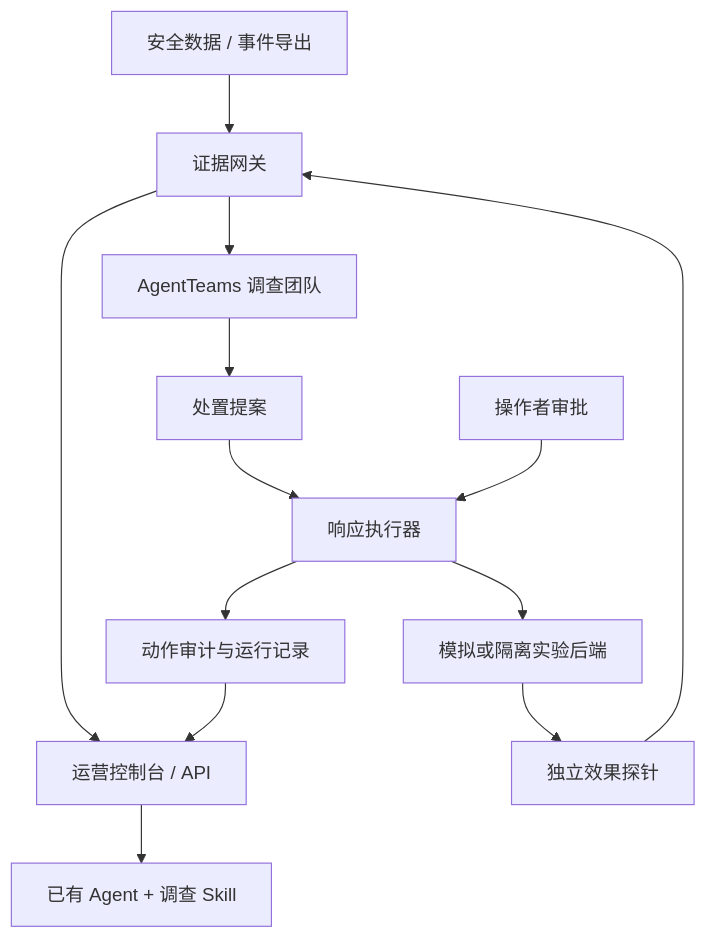
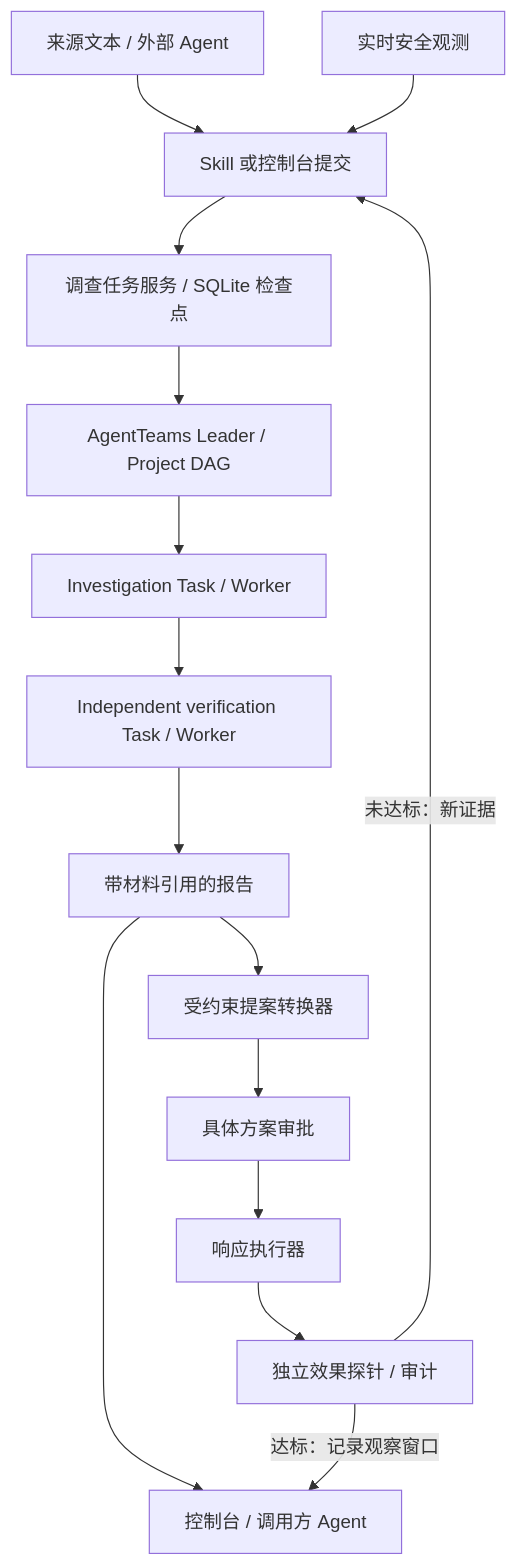
One commit to elsechord/CyberGuard changed the diagram in README.zh-CN.md. Above: the diagram before and after it, drawn with Mermaid. The commit also changed other lines of this file and 56 other files, not shown here.

````diff
--- a/README.zh-CN.md
+++ b/README.zh-CN.md
@@ -133,15 +141,17 @@
 ```mermaid
 flowchart TD
-    S[安全数据 / 事件导出] --> G[证据网关]
-    G --> C[运营控制台 / API]
-    C --> K[已有 Agent + 调查 Skill]
-    G --> A[AgentTeams 调查团队]
-    A --> P[处置提案]
-    P --> E[响应执行器]
-    H[操作者审批] --> E
-    E --> B[模拟或隔离实验后端]
-    B --> V[独立效果探针]
-    V --> G
-    E --> R[动作审计与运行记录]
-    R --> C
+    S[来源文本 / 外部 Agent] --> K[Skill 或控制台提交]
+    K --> T[调查任务服务 / SQLite 检查点]
+    T --> P[AgentTeams Leader / Project DAG]
+    P --> I[Investigation Task / Worker]
+    I --> V[Independent verification Task / Worker]
+    V --> R[带材料引用的报告]
+    R --> C[控制台 / 调用方 Agent]
+    L[实时安全观测] --> K
+    R --> O[受约束提案转换器]
+    O --> H[具体方案审批]
+    H --> E[响应执行器]
+    E --> Q[独立效果探针 / 审计]
+    Q -->|未达标：新证据| K
+    Q -->|达标：记录观察窗口| C
 ```
````
